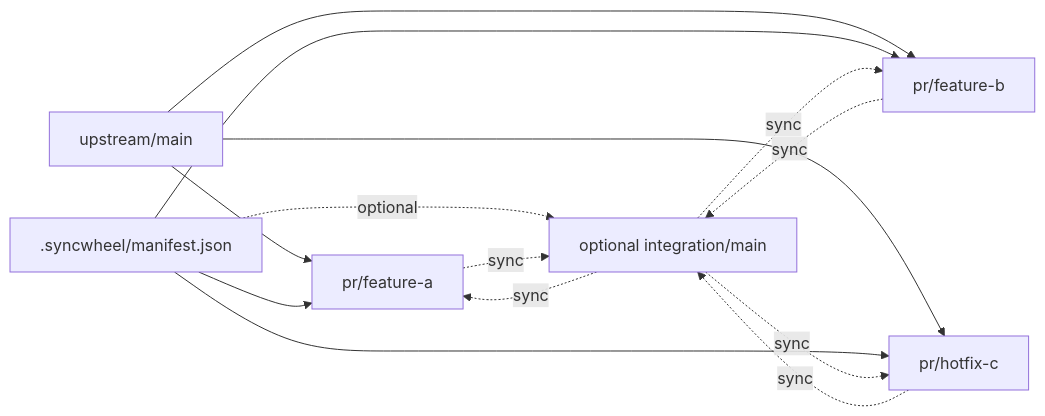
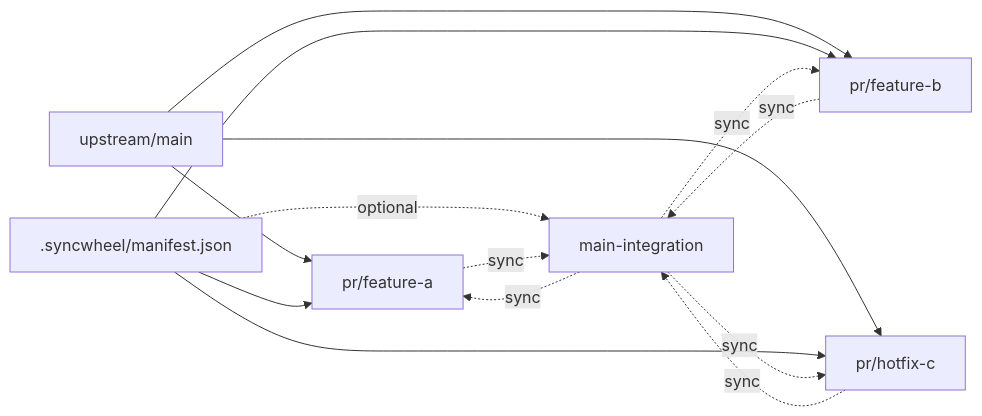
The diagram in README.md (NestDevLab/syncwheel), drawn with Mermaid before and after one commit. The commit also changed other lines of this file and 11 other files, not shown here.

Commit message:
feat: default to main integration branch

````diff
--- a/README.md
+++ b/README.md
@@ -40,25 +40,25 @@
 ```mermaid
 flowchart LR
     U[upstream/main]
-    I[optional integration/main]
+    I[main-integration]
     P1[pr/feature-a]
     P2[pr/feature-b]
     P3[pr/hotfix-c]
     M[.syncwheel/manifest.json]
 
     U --> P1
     U --> P2
     U --> P3
 
     M --> P1
     M --> P2
     M --> P3
     M -. optional .-> I
 
     P1 -. sync .-> I
     P2 -. sync .-> I
     P3 -. sync .-> I
     I -. sync .-> P1
     I -. sync .-> P2
     I -. sync .-> P3
 ```
````
